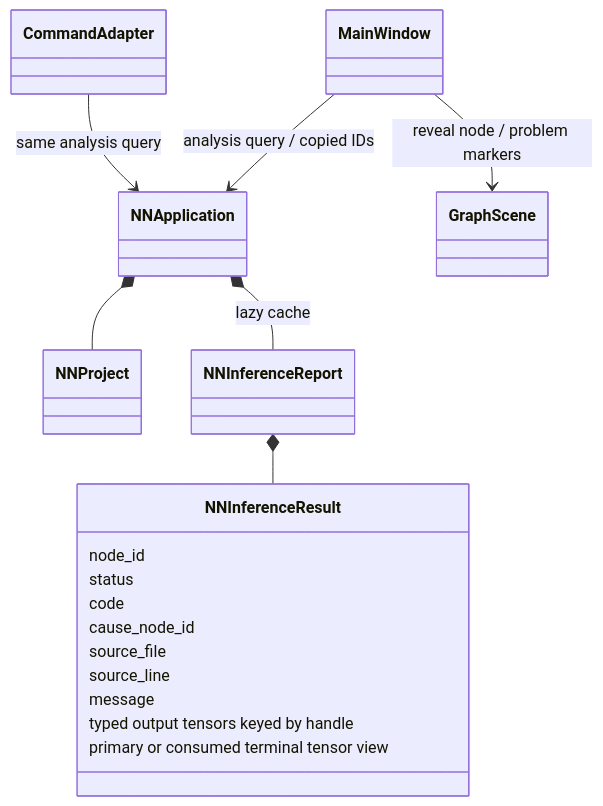
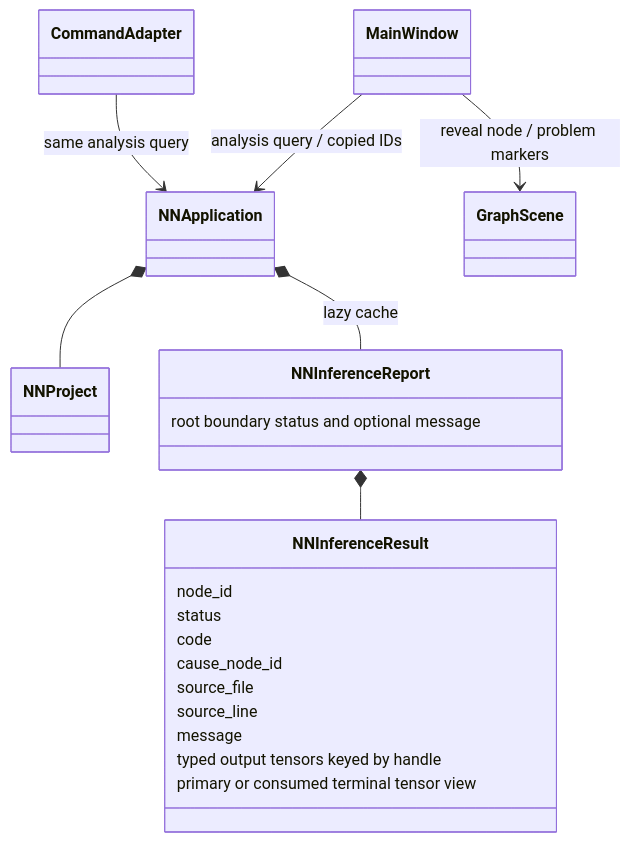
Before and after one commit to LucaSforza/nnmodelling-ui: the first of 2 diagrams in docs/knowledge/uml/diagnostics.md, drawn with Mermaid. The commit also changed other lines of this file and 3 other files, not shown here.

Commit message:
docs: define graph-level root completion diagnostics

````diff
--- a/docs/knowledge/uml/diagnostics.md
+++ b/docs/knowledge/uml/diagnostics.md
@@ -5,18 +5,19 @@
 ```mermaid
 classDiagram
     NNApplication *-- NNProject
     NNApplication *-- NNInferenceReport : lazy cache
     NNInferenceReport *-- NNInferenceResult
+    NNInferenceReport : root boundary status and optional message
     NNInferenceResult : node_id
     NNInferenceResult : status
     NNInferenceResult : code
     NNInferenceResult : cause_node_id
     NNInferenceResult : source_file
     NNInferenceResult : source_line
     NNInferenceResult : message
     NNInferenceResult : typed output tensors keyed by handle
     NNInferenceResult : primary or consumed terminal tensor view
     MainWindow --> NNApplication : analysis query / copied IDs
     CommandAdapter --> NNApplication : same analysis query
     MainWindow --> GraphScene : reveal node / problem markers
 ```
````
